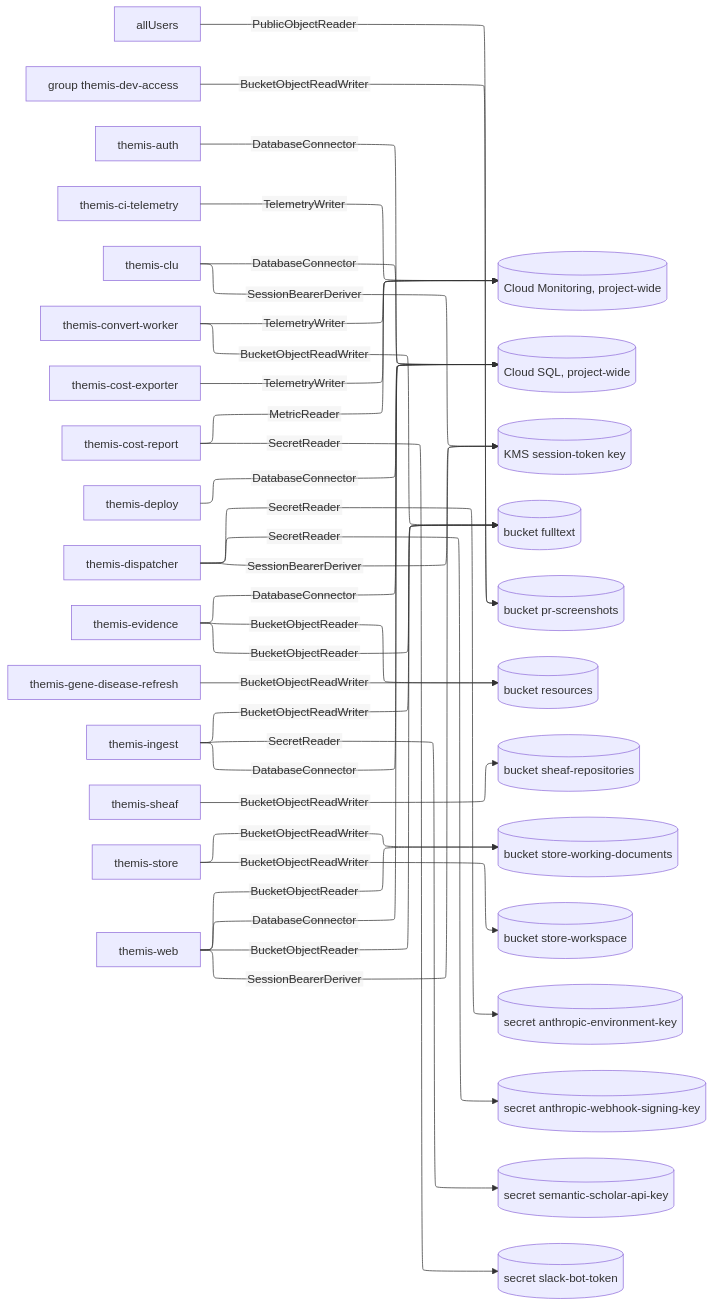
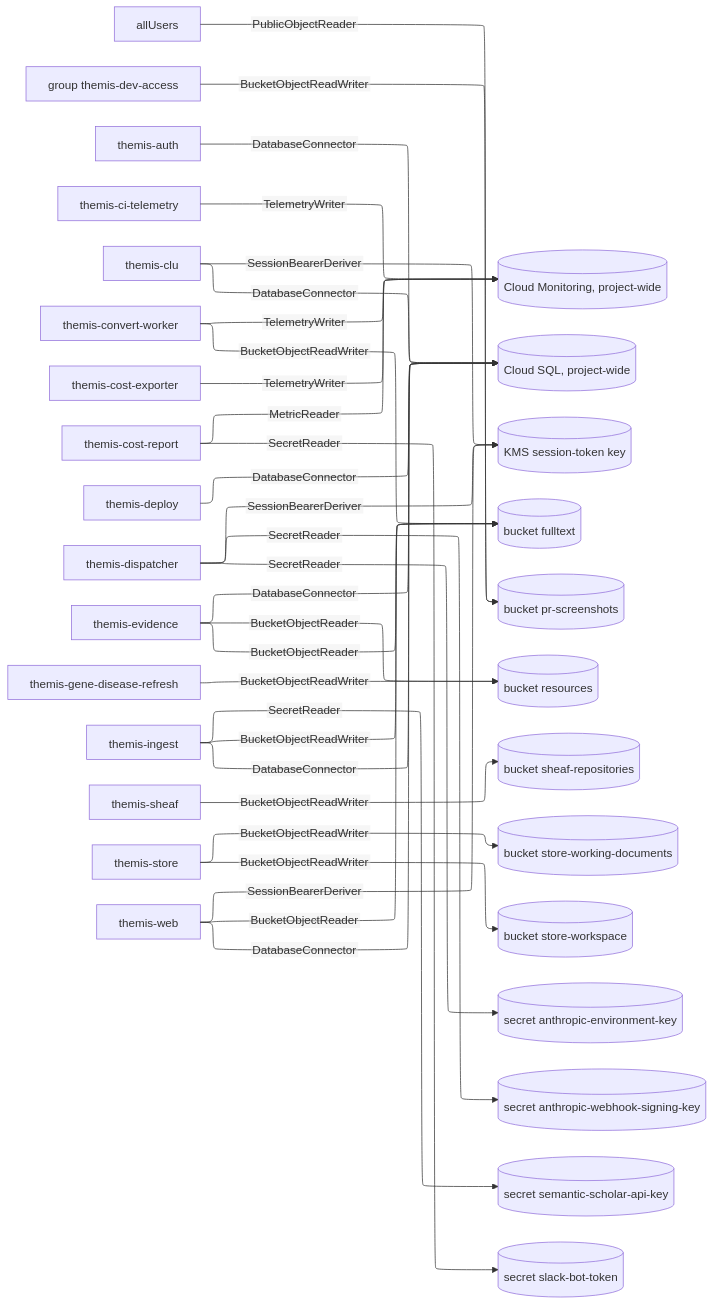
One commit to populationgenomics/themis changed the diagram in docs/design/grants/data.mmd. Above: the diagram before and after it, drawn with Mermaid. The commit also changed 81 other files, not shown here.

```diff
--- a/docs/design/grants/data.mmd
+++ b/docs/design/grants/data.mmd
@@ -1,60 +1,59 @@
 %%{init: {"layout": "elk", "elk": {"mergeEdges": true, "nodePlacementStrategy": "NETWORK_SIMPLEX"}, "htmlLabels": false, "flowchart": {"htmlLabels": false, "wrappingWidth": 320}}}%%
 flowchart LR
     n0["allUsers"]
     n1["group themis-dev-access"]
     n2["themis-auth"]
     n3["themis-ci-telemetry"]
     n4["themis-clu"]
     n5["themis-convert-worker"]
     n6["themis-cost-exporter"]
     n7["themis-cost-report"]
     n8["themis-deploy"]
     n9["themis-dispatcher"]
     n10["themis-evidence"]
     n11["themis-gene-disease-refresh"]
     n12["themis-ingest"]
     n13["themis-sheaf"]
     n14["themis-store"]
     n15["themis-web"]
     n16[("Cloud Monitoring, project-wide")]
     n17[("Cloud SQL, project-wide")]
     n18[("KMS session-token key")]
     n19[("bucket fulltext")]
     n20[("bucket pr-screenshots")]
     n21[("bucket resources")]
     n22[("bucket sheaf-repositories")]
     n23[("bucket store-working-documents")]
     n24[("bucket store-workspace")]
     n25[("secret anthropic-environment-key")]
     n26[("secret anthropic-webhook-signing-key")]
     n27[("secret semantic-scholar-api-key")]
     n28[("secret slack-bot-token")]
     n0 -->|PublicObjectReader| n20
     n1 -->|BucketObjectReadWriter| n20
     n2 -->|DatabaseConnector| n17
     n3 -->|TelemetryWriter| n16
     n4 -->|DatabaseConnector| n17
     n4 -->|SessionBearerDeriver| n18
     n5 -->|BucketObjectReadWriter| n19
     n5 -->|TelemetryWriter| n16
     n6 -->|TelemetryWriter| n16
     n7 -->|MetricReader| n16
     n7 -->|SecretReader| n28
     n8 -->|DatabaseConnector| n17
     n9 -->|SecretReader| n25
     n9 -->|SecretReader| n26
     n9 -->|SessionBearerDeriver| n18
     n10 -->|BucketObjectReader| n19
     n10 -->|BucketObjectReader| n21
     n10 -->|DatabaseConnector| n17
     n11 -->|BucketObjectReadWriter| n21
     n12 -->|BucketObjectReadWriter| n19
     n12 -->|DatabaseConnector| n17
     n12 -->|SecretReader| n27
     n13 -->|BucketObjectReadWriter| n22
     n14 -->|BucketObjectReadWriter| n23
     n14 -->|BucketObjectReadWriter| n24
     n15 -->|BucketObjectReader| n19
-    n15 -->|BucketObjectReader| n23
     n15 -->|DatabaseConnector| n17
     n15 -->|SessionBearerDeriver| n18
```
